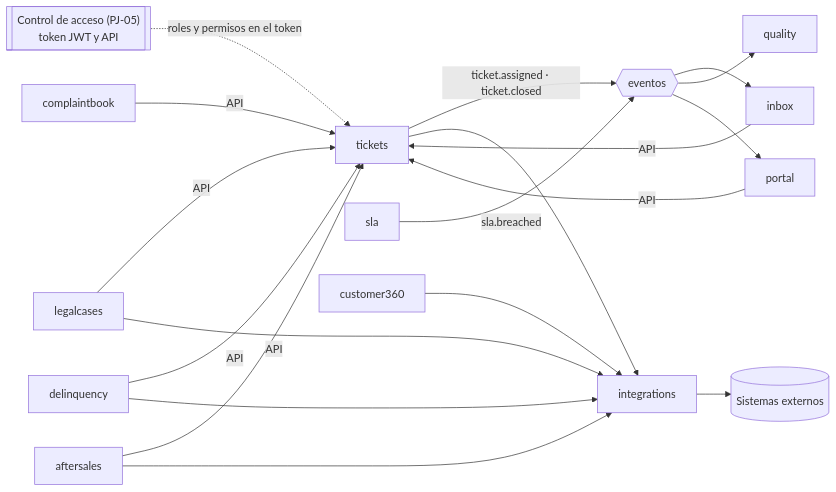
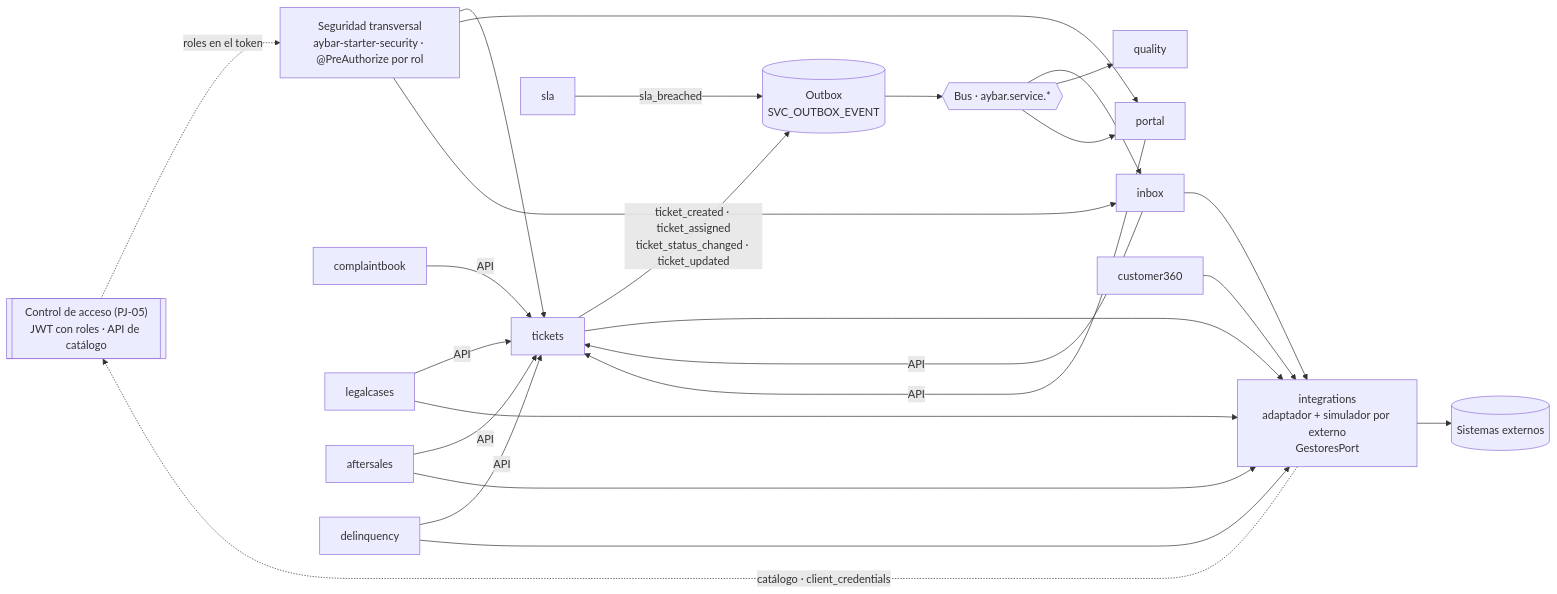
The third of 5 diagrams in propuesta-po/documentacion/paquete-definir-etapa1-v1.3/arquitectura/diagrama-arquitectura.md (michel-poma-huachihuaco/tyc-mockup), drawn with Mermaid before and after one commit. The commit also changed other lines of this file and 124 other files, not shown here.

````diff
--- a/propuesta-po/documentacion/paquete-definir-etapa1-v1.3/arquitectura/diagrama-arquitectura.md
+++ b/propuesta-po/documentacion/paquete-definir-etapa1-v1.3/arquitectura/diagrama-arquitectura.md
@@ -130,34 +168,42 @@
 ```mermaid
 flowchart LR
-  ctrl[["Control de acceso (PJ-05)<br/>token JWT y API"]]
+  ctrl[["Control de acceso (PJ-05)<br/>JWT con roles · API de catálogo"]]
+  sec["Seguridad transversal<br/>aybar-starter-security · @PreAuthorize por rol"]
   tickets[tickets]
   sla[sla]
   cbook[complaintbook]
   lcases[legalcases]
   aftersales[aftersales]
   portal[portal]
   quality[quality]
   inbox[inbox]
   c360[customer360]
   delinq[delinquency]
-  integ[integrations]
-  bus{{eventos}}
-  ctrl -. "roles y permisos en el token" .-> tickets
+  integ["integrations<br/>adaptador + simulador por externo<br/>GestoresPort"]
+  outbox[("Outbox<br/>SVC_OUTBOX_EVENT")]
+  bus{{"Bus · aybar.service.*"}}
+  ctrl -. "roles en el token" .-> sec
+  sec --> tickets
+  sec --> portal
+  sec --> inbox
+  integ -. "catálogo · client_credentials" .-> ctrl
   portal -- API --> tickets
   cbook -- API --> tickets
   lcases -- API --> tickets
   aftersales -- API --> tickets
   delinq -- API --> tickets
   inbox -- API --> tickets
-  tickets -- ticket.assigned · ticket.closed --> bus
-  sla -- sla.breached --> bus
+  tickets -- "ticket_created · ticket_assigned<br/>ticket_status_changed · ticket_updated" --> outbox
+  sla -- sla_breached --> outbox
+  outbox --> bus
   bus --> inbox
   bus --> quality
   bus --> portal
   c360 --> integ
   delinq --> integ
   lcases --> integ
   aftersales --> integ
   tickets --> integ
+  inbox --> integ
   integ --> ext[(Sistemas externos)]
 ```
````
